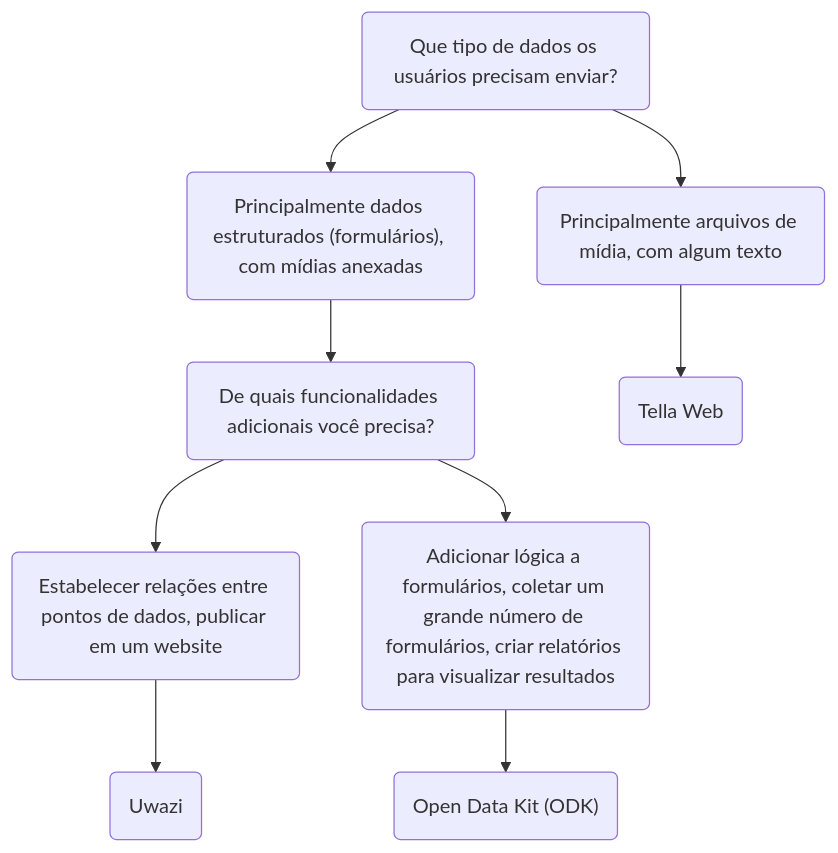
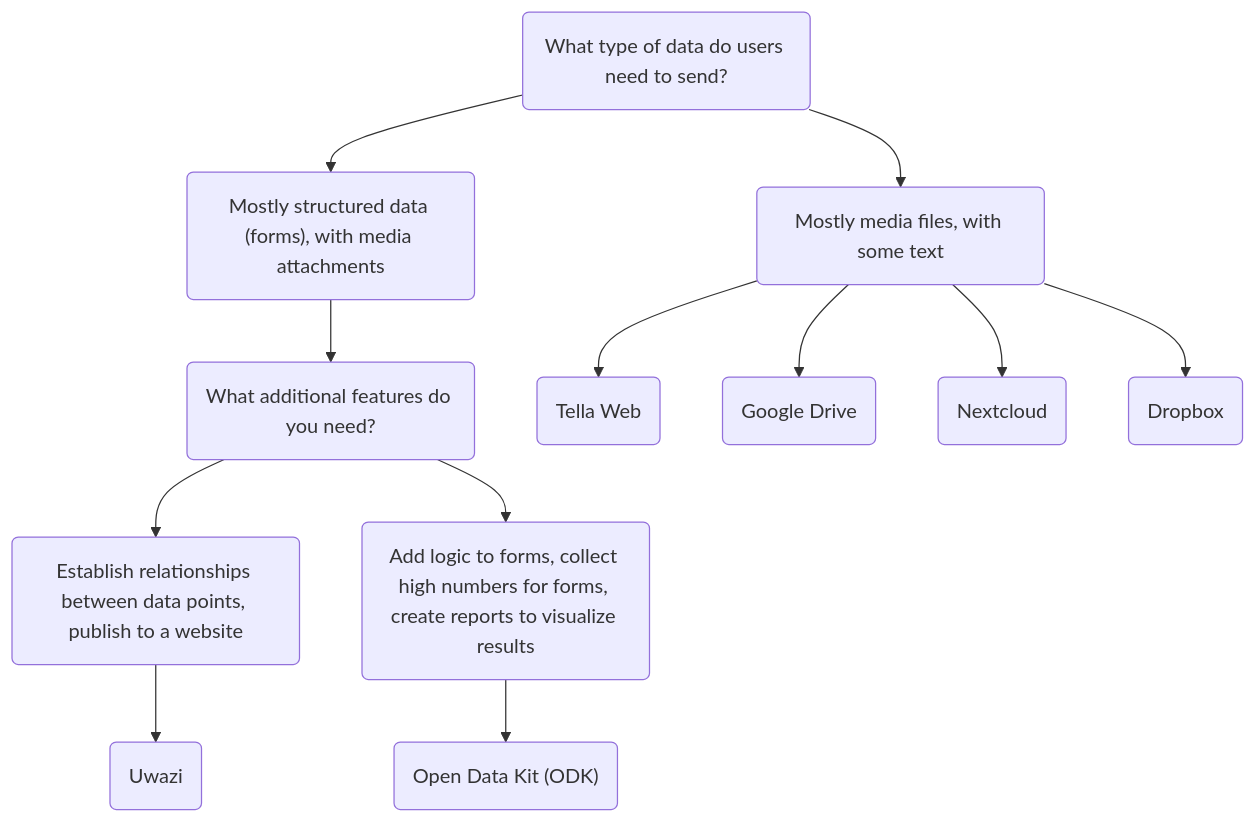
One commit to Horizontal-org/Tella-website changed the diagram in i18n/pt-BR/docusaurus-plugin-content-docs/current/For organizations/overview.md. Above: the diagram before and after it, drawn with Mermaid. The commit also changed other lines of this file, not shown here.

````diff
--- a/i18n/pt-BR/docusaurus-plugin-content-docs/current/For organizations/overview.md
+++ b/i18n/pt-BR/docusaurus-plugin-content-docs/current/For organizations/overview.md
@@ -27,11 +40,14 @@
 ```mermaid
 graph TD;
-    id1(Que tipo de dados os usuários precisam enviar?) --> id2("Principalmente dados estruturados (formulários), com mídias anexadas");
-    id1 --> id3("Principalmente arquivos de mídia, com algum texto") ;
-    id2 --> id4("De quais funcionalidades adicionais você precisa?");
+    id1(What type of data do users need to send?) --> id2("Mostly structured data (forms), with media attachments");
+    id1 --> id3("Mostly media files, with some text") ;
+    id2 --> id4("What additional features do you need?");
     id3 --> id5("Tella Web");
-    id4 --> id6("Estabelecer relações entre pontos de dados, publicar em um website")
-    id4 --> id7("Adicionar lógica a formulários, coletar um grande número de formulários, criar relatórios para visualizar resultados")
+    id3 --> id11("Google Drive");
+    id3 --> id12("Nextcloud");
+    id3 --> id13("Dropbox");
+    id4 --> id6("Establish relationships between data points, publish to a website")
+    id4 --> id7("Add logic to forms, collect high numbers for forms, create reports to visualize results")
     id6 --> id8("Uwazi")
     id7 --> id9("Open Data Kit (ODK)")
 ```
````
